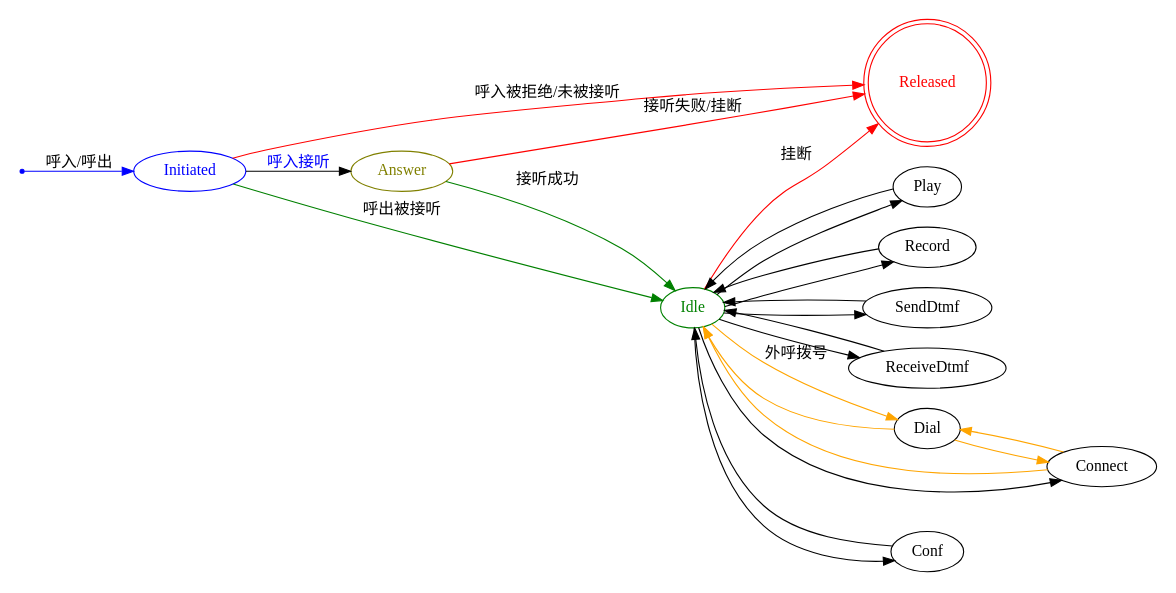
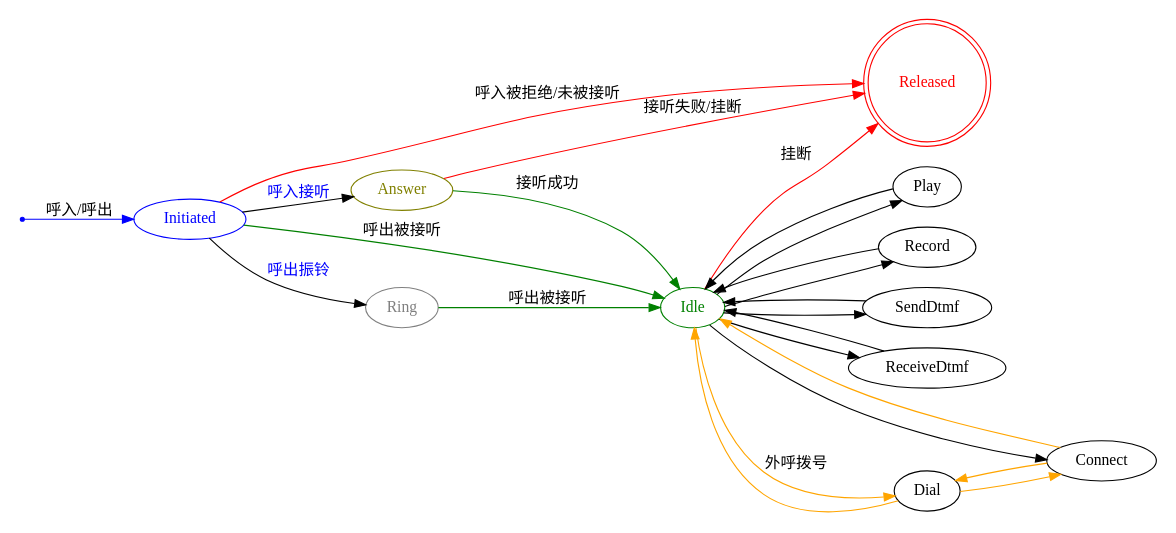
One commit to tanbro/ipsc-ccf changed the diagram in docs/api-spec/sys/call.rst. Above: the diagram before and after it, drawn with Graphviz. The commit also changed other lines of this file, not shown here.

```diff
--- a/docs/api-spec/sys/call.rst
+++ b/docs/api-spec/sys/call.rst
@@ -22,43 +22,44 @@
 .. graphviz::
 
   digraph CallResourceState {
 
     size="8,8";
     rankdir="LR";
 
     Start [shape=point, color=blue, fontcolor=blue];
     Initiated [color=blue, fontcolor=blue];
+    Ring [color=gray, fontcolor=gray];
     Answer [color=olive, fontcolor=olive];
     Idle [color=green, fontcolor=green];
     Released [shape=doublecircle, color=red, fontcolor=red];
 
     Start -> Initiated[label="呼入/呼出", color=blue];
     Initiated -> Released [label="呼入被拒绝/未被接听", color=red];
+    Initiated -> Ring[label="呼出振铃", fontcolor=blue];
     Initiated -> Answer[label="呼入接听", fontcolor=blue];
     Initiated -> Idle [label="呼出被接听", color=green];
+    Ring -> Idle [label="呼出被接听", color=green];
     Answer -> Idle [label="接听成功", color=green];
     Answer -> Released [label="接听失败/挂断", color=red];
     Idle -> Released [label="挂断", color=red];
 
     Idle -> Play;
     Play -> Idle;
 
     Idle -> Record;
     Record -> Idle;
 
     Idle -> SendDtmf;
     SendDtmf -> Idle;
 
     Idle -> ReceiveDtmf;
     ReceiveDtmf -> Idle;
 
     Idle -> Dial [label="外呼拨号", color=orange];
     Dial -> Idle [color=orange];
     Dial -> Connect [color=orange];
     Connect -> Dial [color=orange];
     Connect -> Idle [color=orange];
     Idle -> Connect;
 
-    Idle -> Conf;
-    Conf -> Idle;
   }
```
